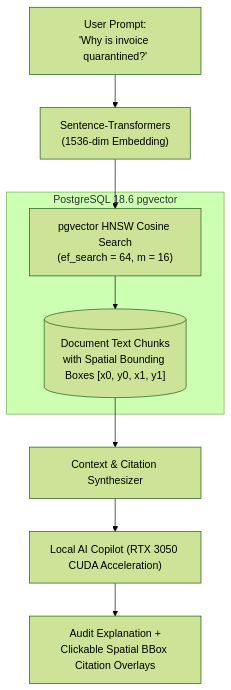
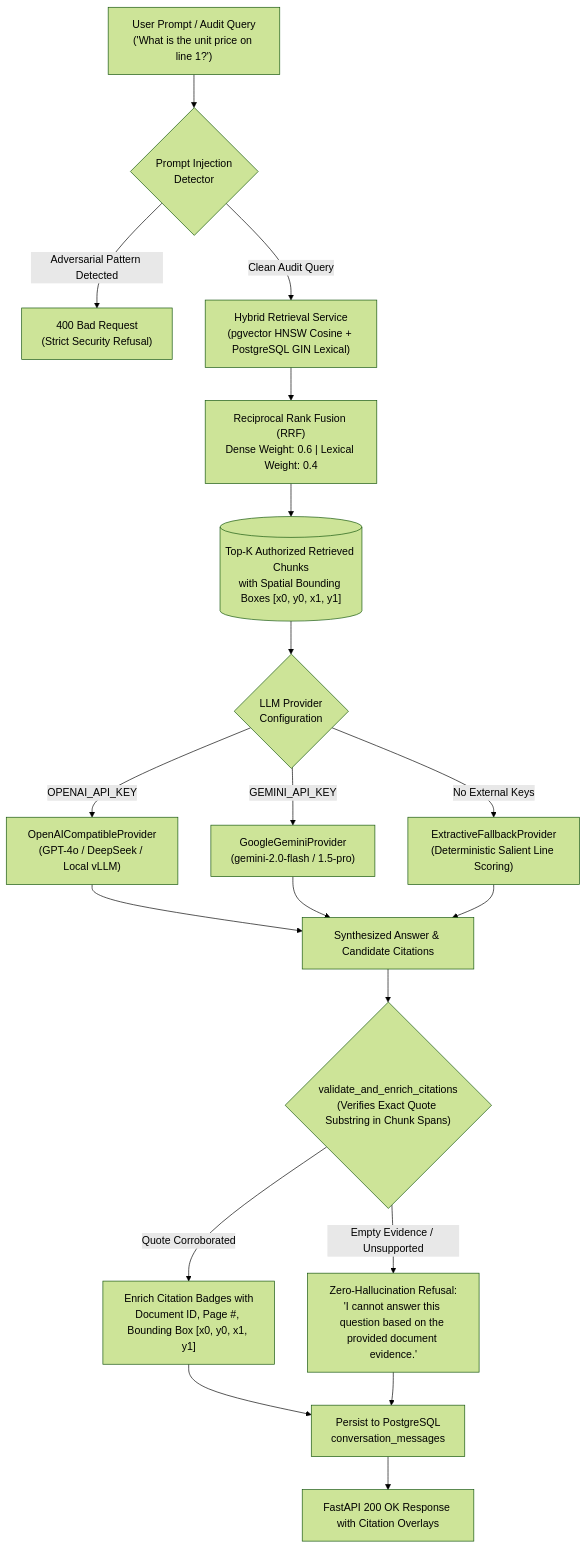
One commit to GuptaHarsh7706/LedgerOne changed the eighth of 8 diagrams in README.md. Above: the diagram before and after it, drawn with Mermaid (forest theme). The commit also changed other lines of this file, not shown here.

Commit message:
docs(readme): enrich architectural diagrams, verified paths, provider abstraction, and institutional benchmarks

````diff
--- a/README.md
+++ b/README.md
@@ -310,13 +312,24 @@
 ```mermaid
 flowchart TD
-    UserQuery["User Prompt:\n'Why is invoice quarantined?'"] --> Embed["Sentence-Transformers\n(1536-dim Embedding)"]
-    Embed --> HNSWQuery["pgvector HNSW Cosine Search\n(ef_search = 64, m = 16)"]
+    UserQuery["User Prompt / Audit Query\n('What is the unit price on line 1?')"] --> InjectCheck{"Prompt Injection\nDetector"}
+    InjectCheck -- "Adversarial Pattern Detected" --> RejectPrompt["400 Bad Request\n(Strict Security Refusal)"]
     
-    subgraph VectorDB["PostgreSQL 18.6 pgvector"]
-        HNSWQuery --> Chunks[("Document Text Chunks\nwith Spatial Bounding Boxes [x0, y0, x1, y1]")]
-    end
-
-    Chunks --> ContextBuilder["Context & Citation Synthesizer"]
-    ContextBuilder --> LLM["Local AI Copilot (RTX 3050 CUDA Acceleration)"]
-    LLM --> VerifiedAnswer["Audit Explanation +\nClickable Spatial BBox Citation Overlays"]
+    InjectCheck -- "Clean Audit Query" --> HybridSearch["Hybrid Retrieval Service\n(pgvector HNSW Cosine + PostgreSQL GIN Lexical)"]
+    HybridSearch --> RRF["Reciprocal Rank Fusion (RRF)\nDense Weight: 0.6 | Lexical Weight: 0.4"]
+    RRF --> TopChunks[("Top-K Authorized Retrieved Chunks\nwith Spatial Bounding Boxes [x0, y0, x1, y1]")]
+    
+    TopChunks --> ProviderRoute{"LLM Provider\nConfiguration"}
+    ProviderRoute -- "OPENAI_API_KEY" --> OpenAIProv["OpenAICompatibleProvider\n(GPT-4o / DeepSeek / Local vLLM)"]
+    ProviderRoute -- "GEMINI_API_KEY" --> GeminiProv["GoogleGeminiProvider\n(gemini-2.0-flash / 1.5-pro)"]
+    ProviderRoute -- "No External Keys" --> ExtractiveProv["ExtractiveFallbackProvider\n(Deterministic Salient Line Scoring)"]
+    
+    OpenAIProv & GeminiProv & ExtractiveProv --> RawAnswer["Synthesized Answer & Candidate Citations"]
+    RawAnswer --> CitationValidator{"validate_and_enrich_citations\n(Verifies Exact Quote Substring in Chunk Spans)"}
+    
+    CitationValidator -- "Quote Corroborated" --> EnrichBBox["Enrich Citation Badges with\nDocument ID, Page #, Bounding Box [x0, y0, x1, y1]"]
+    CitationValidator -- "Empty Evidence / Unsupported" --> StrictAbstention["Zero-Hallucination Refusal:\n'I cannot answer this question based on the provided document evidence.'"]
+    
+    EnrichBBox --> PersistMsg["Persist to PostgreSQL\nconversation_messages"]
+    StrictAbstention --> PersistMsg
+    PersistMsg --> Response["FastAPI 200 OK Response with Citation Overlays"]
 ```
````
